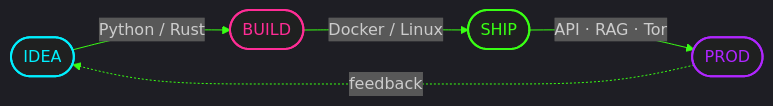
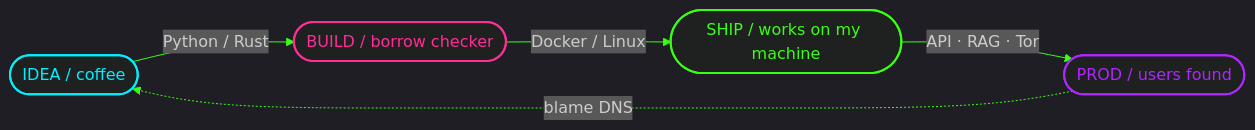
Before and after one commit to lightclove/lightclove: the diagram in README.md, drawn with Mermaid. The commit also changed other lines of this file and 9 other files, not shown here.

````diff
--- a/README.md
+++ b/README.md
@@ -166,12 +176,12 @@
 ```mermaid
 %%{init: {'theme': 'dark', 'themeVariables': { 'primaryColor': '#070b12', 'primaryTextColor': '#00F0FF', 'primaryBorderColor': '#FF2D95', 'lineColor': '#39FF14', 'secondaryColor': '#0d1117', 'tertiaryColor': '#111827'}}}%%
 flowchart LR
-  A([IDEA]) -->|Python / Rust| B([BUILD])
-  B -->|Docker / Linux| C([SHIP])
-  C -->|API · RAG · Tor| D([PROD])
-  D -.->|feedback| A
+  A([IDEA / coffee]) -->|Python / Rust| B([BUILD / borrow checker])
+  B -->|Docker / Linux| C([SHIP / works on my machine])
+  C -->|API · RAG · Tor| D([PROD / users found])
+  D -.->|blame DNS| A
   style A stroke:#00F0FF,stroke-width:2px,color:#00F0FF
   style B stroke:#FF2D95,stroke-width:2px,color:#FF2D95
   style C stroke:#39FF14,stroke-width:2px,color:#39FF14
   style D stroke:#B026FF,stroke-width:2px,color:#B026FF
 ```
````
